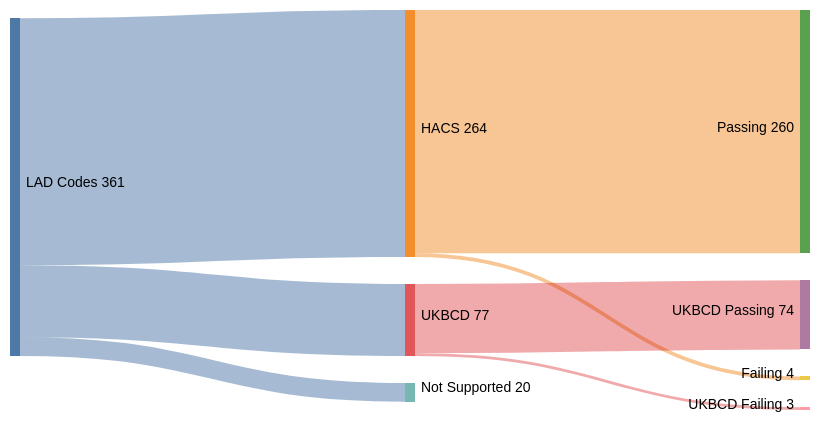
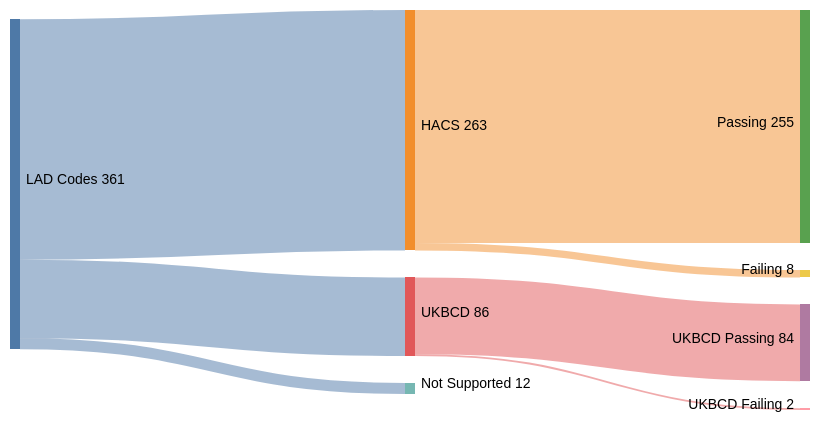
The diagram in README.md (cmbsteinberg/ukbinday), drawn with Mermaid (neutral theme) before and after one commit. The commit also changed 84 other files, not shown here.

````diff
--- a/README.md
+++ b/README.md
@@ -11,21 +11,21 @@
 ```mermaid
 ---
 config:
   sankey:
     width: 800
     height: 400
     linkColor: source
     nodeAlignment: left
 ---
 sankey-beta
 
-"LAD Codes","HACS",264
-"LAD Codes","UKBCD",77
-"LAD Codes","Not Supported",20
+"LAD Codes","HACS",263
+"LAD Codes","UKBCD",86
+"LAD Codes","Not Supported",12
 
-"HACS","Passing",260
-"HACS","Failing",4
+"HACS","Passing",255
+"HACS","Failing",8
 
-"UKBCD","UKBCD Passing",74
-"UKBCD","UKBCD Failing",3
+"UKBCD","UKBCD Passing",84
+"UKBCD","UKBCD Failing",2
 ```
````
